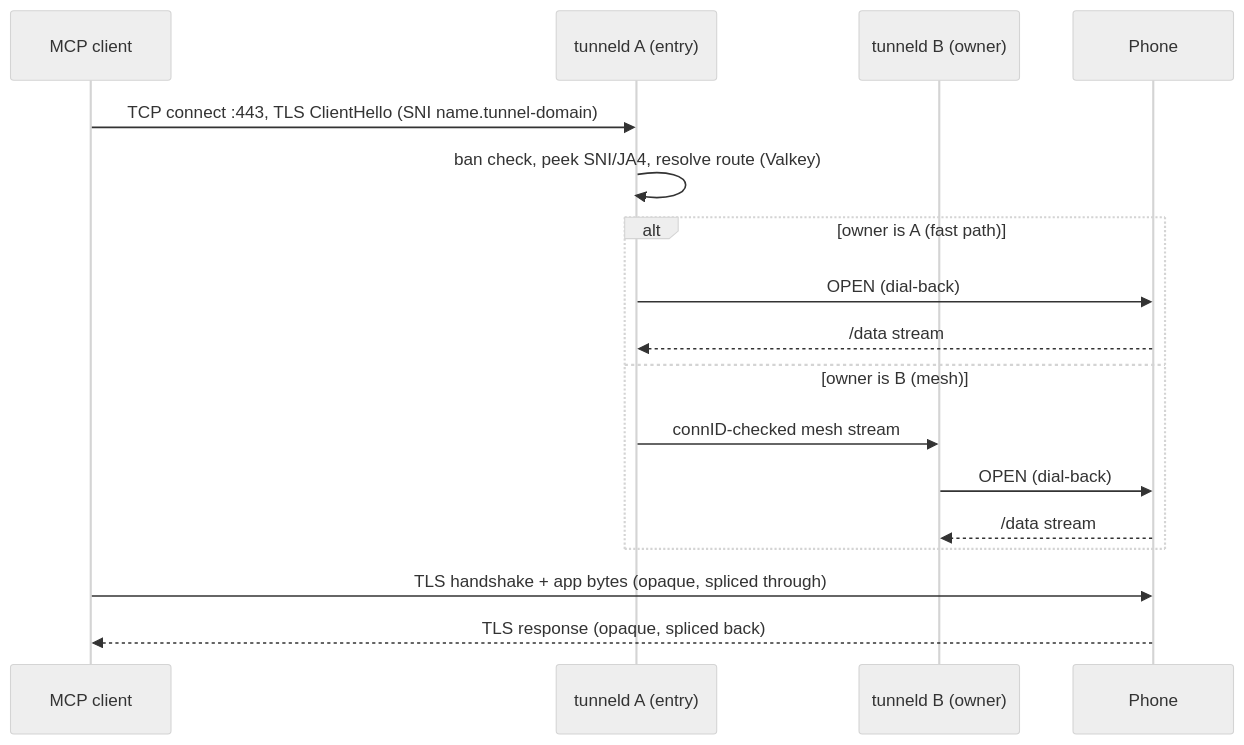
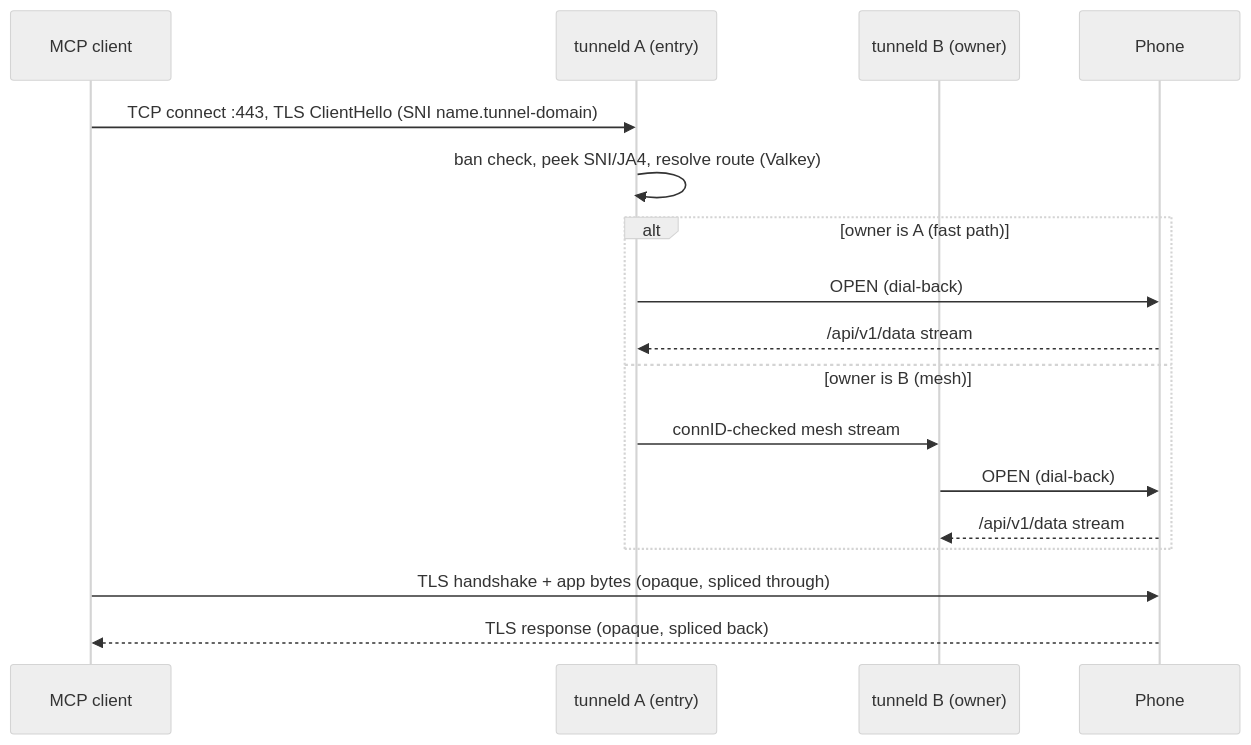
One commit to danielealbano/android-remote-control-mcp-tunneld changed the second of 3 diagrams in docs/ARCHITECTURE.md. Above: the diagram before and after it, drawn with Mermaid (neutral theme). The commit also changed other lines of this file and 4 other files, not shown here.

````diff
--- a/docs/ARCHITECTURE.md
+++ b/docs/ARCHITECTURE.md
@@ -70,19 +70,19 @@
 ```mermaid
 sequenceDiagram
     participant C as MCP client
     participant A as tunneld A (entry)
     participant B as tunneld B (owner)
     participant P as Phone
     C->>A: TCP connect :443, TLS ClientHello (SNI name.tunnel-domain)
     A->>A: ban check, peek SNI/JA4, resolve route (Valkey)
     alt owner is A (fast path)
         A->>P: OPEN (dial-back)
-        P-->>A: /data stream
+        P-->>A: /api/v1/data stream
     else owner is B (mesh)
         A->>B: connID-checked mesh stream
         B->>P: OPEN (dial-back)
-        P-->>B: /data stream
+        P-->>B: /api/v1/data stream
     end
     C->>P: TLS handshake + app bytes (opaque, spliced through)
     P-->>C: TLS response (opaque, spliced back)
 ```
````
